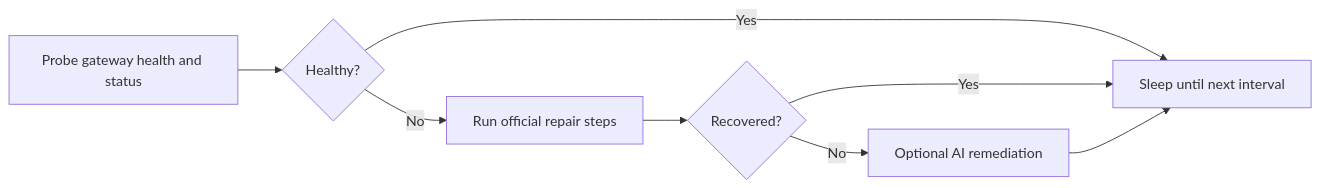
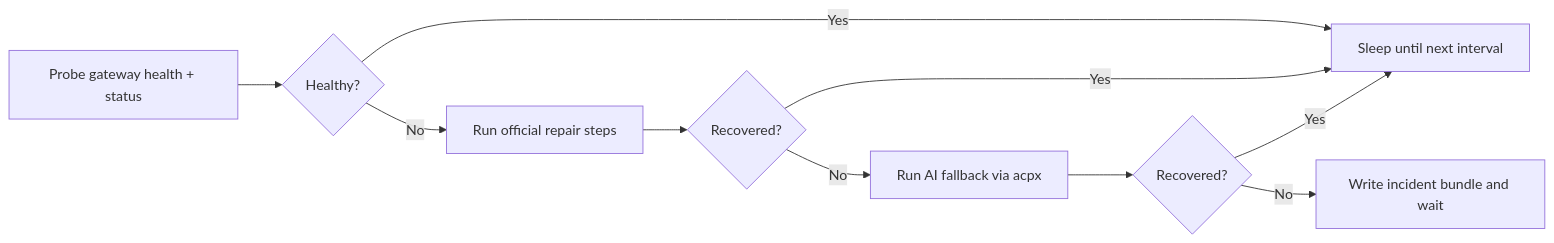
Before and after one commit to bit-cook/fix-my-claw: the diagram in README.md, drawn with Mermaid. The commit also changed other lines of this file and 1 other file, not shown here.

````diff
--- a/README.md
+++ b/README.md
@@ -15,10 +16,12 @@
 ```mermaid
 flowchart LR
-  A["Probe gateway health and status"] --> B{"Healthy?"}
+  A["Probe gateway health + status"] --> B{"Healthy?"}
   B -->|"Yes"| C["Sleep until next interval"]
   B -->|"No"| D["Run official repair steps"]
   D --> E{"Recovered?"}
   E -->|"Yes"| C
-  E -->|"No"| F["Optional AI remediation"]
-  F --> C
+  E -->|"No"| F["Run AI fallback via acpx"]
+  F --> G{"Recovered?"}
+  G -->|"Yes"| C
+  G -->|"No"| H["Write incident bundle and wait"]
 ```
````
